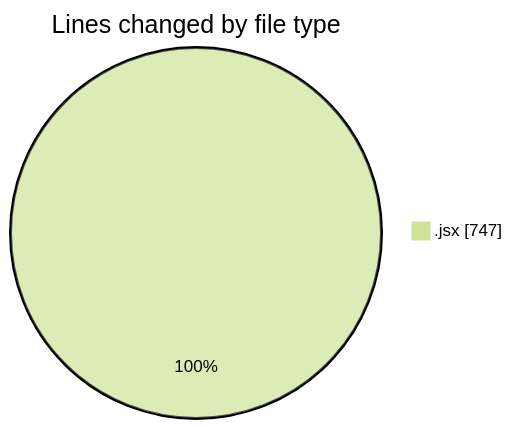
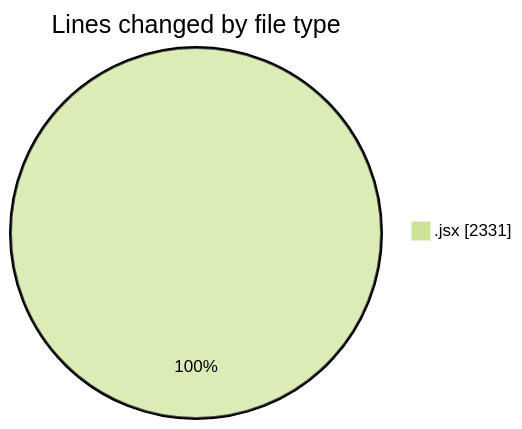
The first of 2 diagrams in 2025-05-23/nxtqube_webapp/README.md (nxtqubesakshisongat/code-tracking), drawn with Mermaid (forest theme) before and after one commit. The commit also changed other lines of this file and 1 other file, not shown here.

````diff
--- a/2025-05-23/nxtqube_webapp/README.md
+++ b/2025-05-23/nxtqube_webapp/README.md
@@ -20,5 +21,5 @@
 ```mermaid
 pie showData
 title Lines changed by file type
-".jsx" : 747
+".jsx" : 2331
 ```
````
